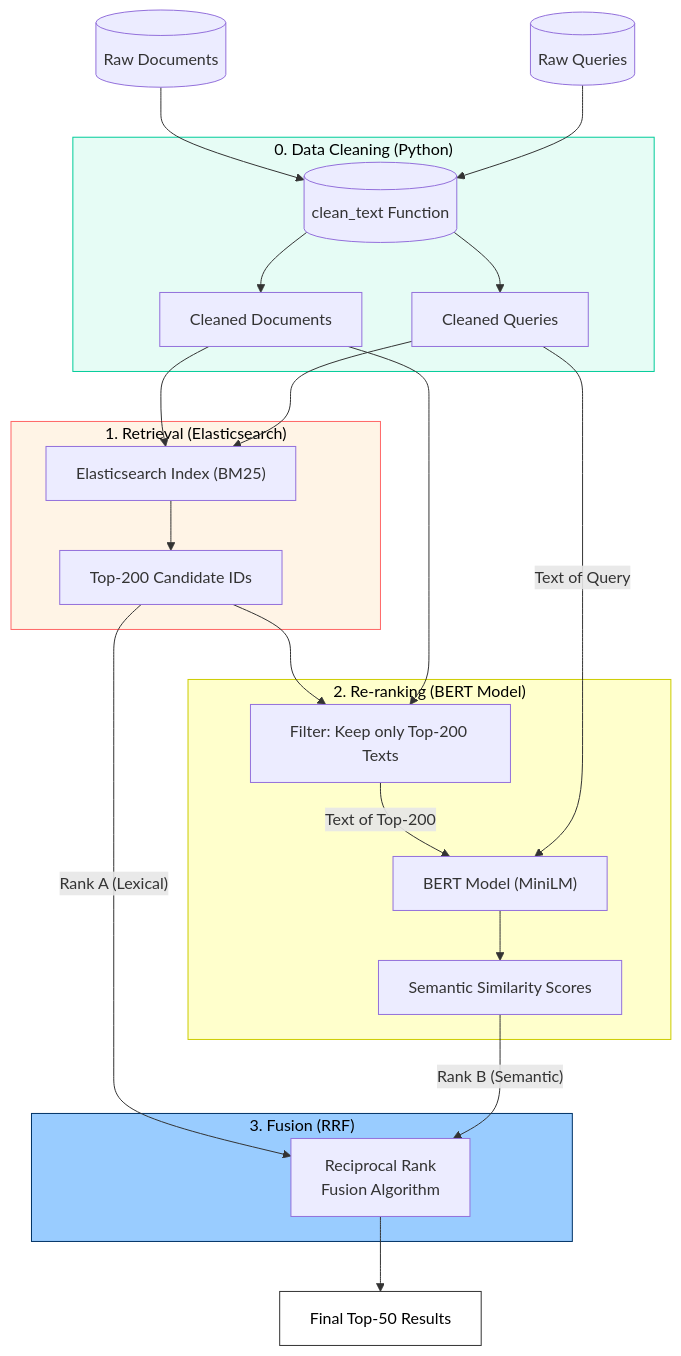
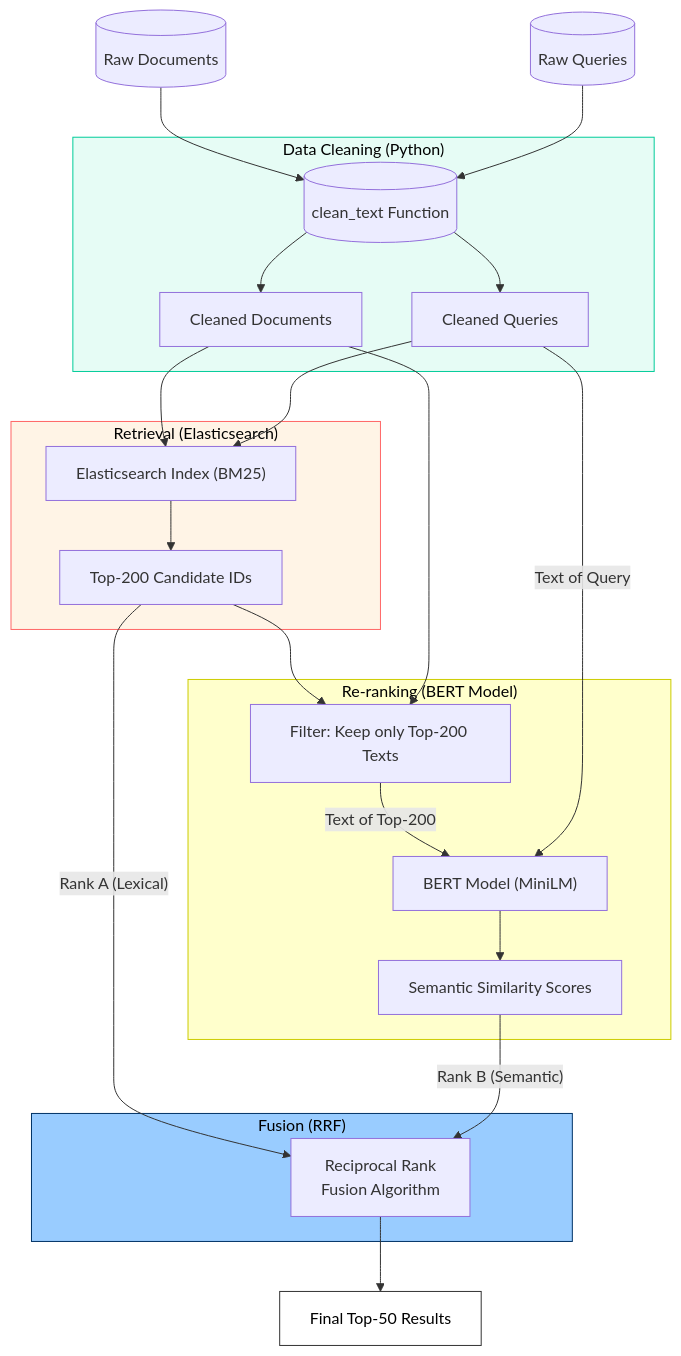
One commit to Anthippi/Information-Retrieval-Systems changed the third of 3 diagrams in README.md. Above: the diagram before and after it, drawn with Mermaid. The commit also changed other lines of this file, not shown here.

Commit message:
Update subgraph labels in README.md

````diff
--- a/README.md
+++ b/README.md
@@ -96,71 +96,70 @@
 ```mermaid
 graph TD
     %% --- INPUT ---
     RawDocs[("Raw Documents")]
     RawQueries[("Raw Queries")]
 
     %% --- STEP 0: SHARED CLEANING ---
-    subgraph Preprocessing ["0. Data Cleaning (Python)"]
+    subgraph Preprocessing ["Data Cleaning (Python)"]
         CleanFunc[("clean_text Function")]
         CleanDocs["Cleaned Documents"]
         CleanQueries["Cleaned Queries"]
         
         CleanFunc --> CleanDocs
         CleanFunc --> CleanQueries
     end
 
     %% --- STEP 1: ELASTICSEARCH ---
-    subgraph Stage1 ["1. Retrieval (Elasticsearch)"]
+    subgraph Stage1 ["Retrieval (Elasticsearch)"]
         Elastic["Elasticsearch Index (BM25)"]
         Candidates["Top-200 Candidate IDs"]
     end
 
     %% --- STEP 2: BERT RE-RANKING ---
-    subgraph Stage2 ["2. Re-ranking (BERT Model)"]
+    subgraph Stage2 ["Re-ranking (BERT Model)"]
         Filter["Filter: Keep only Top-200 Texts"]
         BERT["BERT Model (MiniLM)"]
         SemScores["Semantic Similarity Scores"]
     end
 
     %% --- STEP 3: FUSION ---
-    %% ΕΔΩ ΕΓΙΝΕ Η ΑΛΛΑΓΗ ΜΕ ΤΟ <br/>
-    subgraph Stage3 ["3. Fusion (RRF)"]
+    subgraph Stage3 ["Fusion (RRF)"]
         RRF["Reciprocal Rank<br/>Fusion Algorithm"]
     end
 
     %% --- OUTPUT ---
     Final["Final Top-50 Results"]
 
     %% --- FLOW CONNECTIONS ---
     
     %% Cleaning Flow
     RawDocs --> CleanFunc
     RawQueries --> CleanFunc
 
     %% Stage 1 Flow
     CleanDocs --> Elastic
     CleanQueries --> Elastic
     Elastic --> Candidates
 
     %% Stage 2 Flow
     Candidates --> Filter
     CleanDocs --> Filter
     
     Filter -- "Text of Top-200" --> BERT
     CleanQueries -- "Text of Query" --> BERT
     
     BERT --> SemScores
 
     %% Stage 3 Flow
     Candidates -- "Rank A (Lexical)" --> RRF
     SemScores -- "Rank B (Semantic)" --> RRF
     
     RRF --> Final
 
     %% --- STYLING ---
     style Preprocessing fill:#e6fcf5,stroke:#0c9,color:#000
     style Stage1 fill:#fff4e6,stroke:#f66,color:#000
     style Stage2 fill:#ffffcc,stroke:#cccc00,color:#000
     style Stage3 fill:#99ccff,stroke:#003366,color:#000
     style Final fill:#fff,stroke:#333,color:#000
 ```
````
